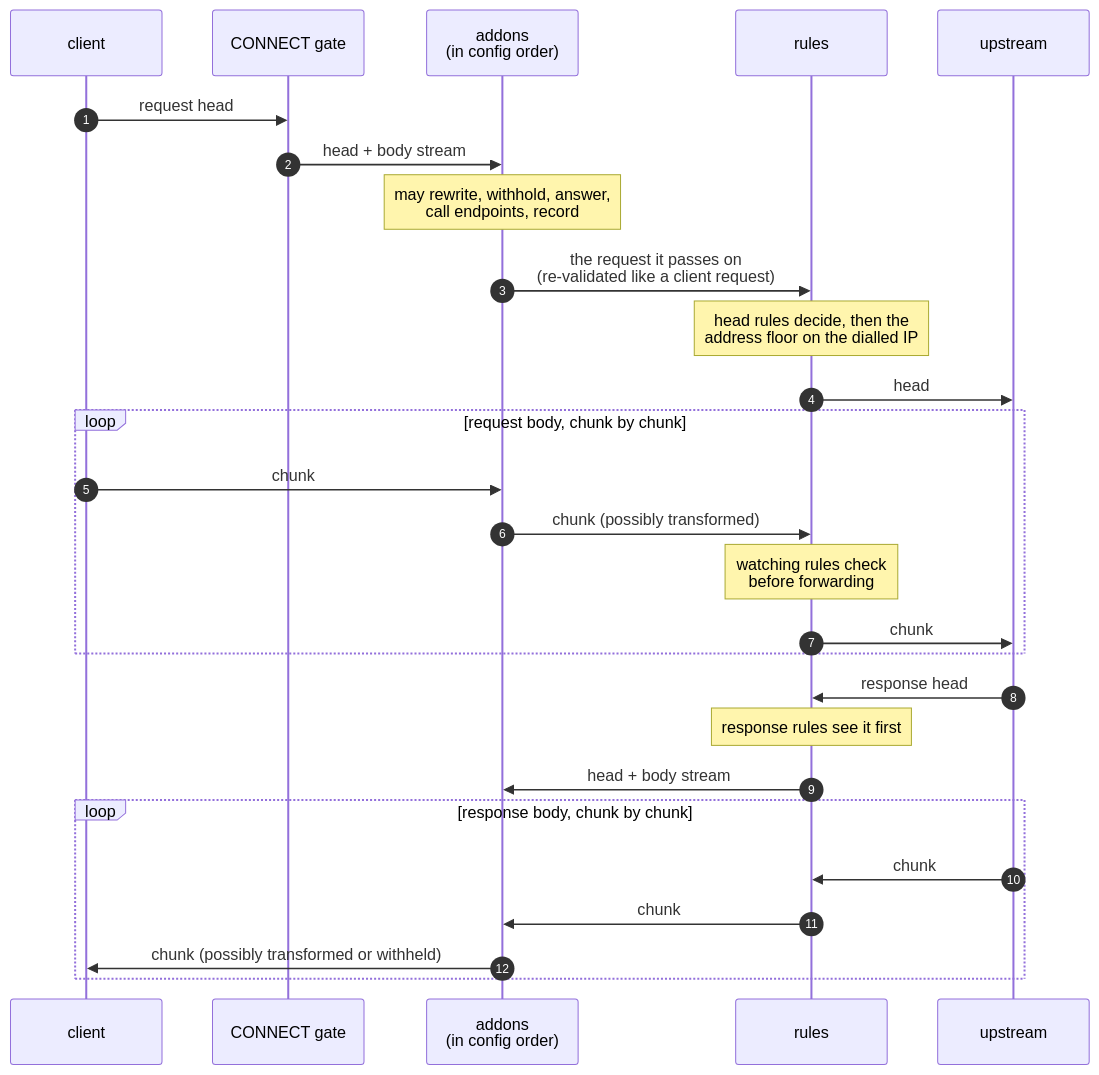
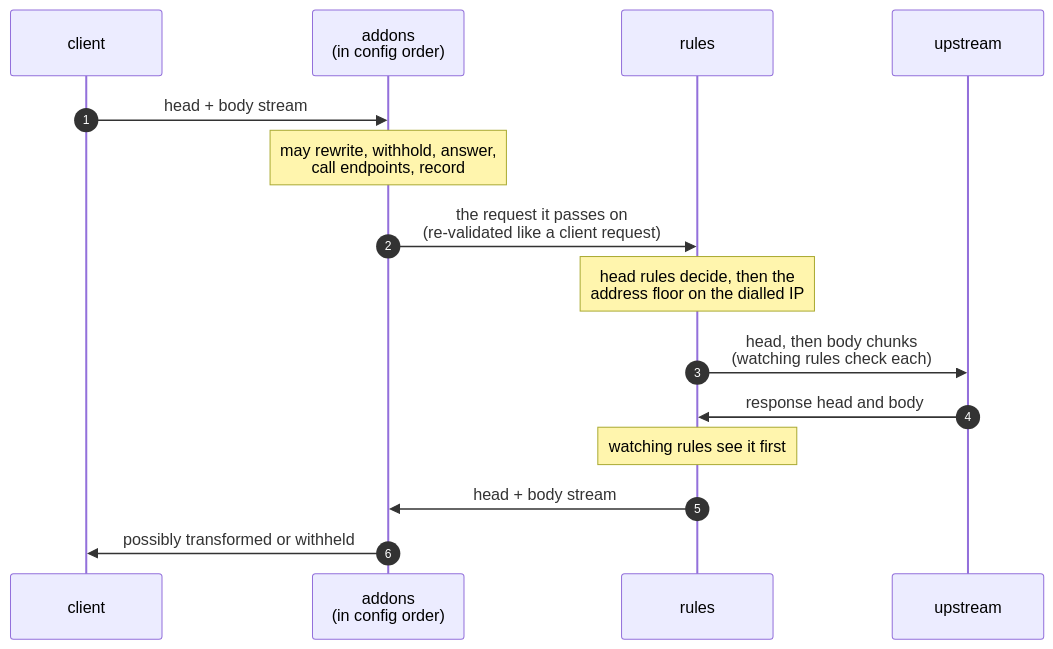
One commit to roxy-proxy/roxy-proxy changed the second of 2 diagrams in README.md. Above: the diagram before and after it, drawn with Mermaid. The commit also changed other lines of this file and 115 other files, not shown here.

````diff
--- a/README.md
+++ b/README.md
@@ -129,29 +143,17 @@
 ```mermaid
 sequenceDiagram
     autonumber
     participant C as client
-    participant G as CONNECT gate
     participant A as addons<br/>(in config order)
     participant R as rules
     participant U as upstream
-    C->>G: request head
-    G->>A: head + body stream
+    C->>A: head + body stream
     Note over A: may rewrite, withhold, answer,<br/>call endpoints, record
     A->>R: the request it passes on<br/>(re-validated like a client request)
     Note over R: head rules decide, then the<br/>address floor on the dialled IP
-    R->>U: head
-    loop request body, chunk by chunk
-        C->>A: chunk
-        A->>R: chunk (possibly transformed)
-        Note over R: watching rules check<br/>before forwarding
-        R->>U: chunk
-    end
-    U->>R: response head
-    Note over R: response rules see it first
+    R->>U: head, then body chunks<br/>(watching rules check each)
+    U->>R: response head and body
+    Note over R: watching rules see it first
     R->>A: head + body stream
-    loop response body, chunk by chunk
-        U->>R: chunk
-        R->>A: chunk
-        A->>C: chunk (possibly transformed or withheld)
-    end
+    A->>C: possibly transformed or withheld
 ```
````
